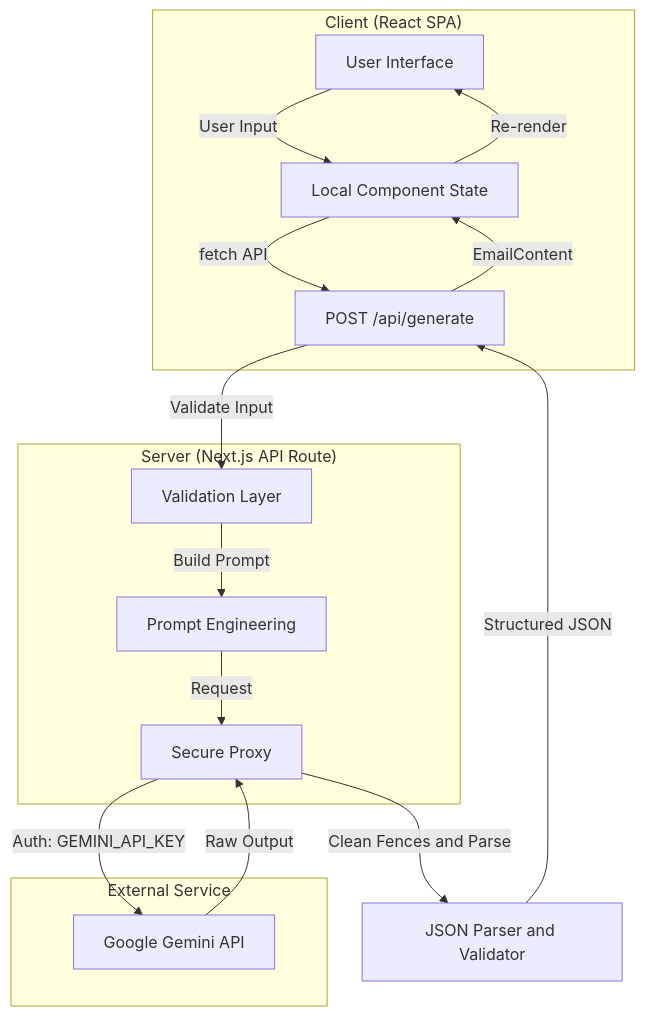
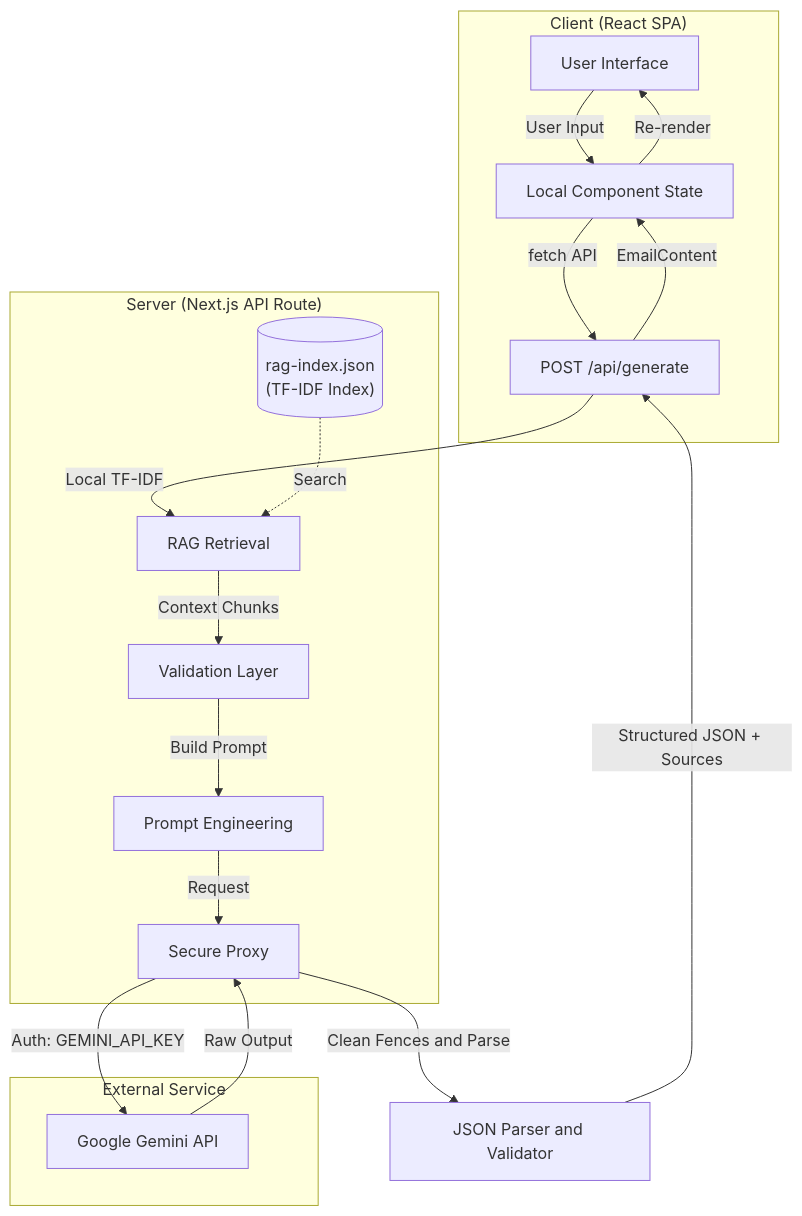
Before and after one commit to Abhinav2896/BreezeMail-Ai: the diagram in README.md, drawn with Mermaid. The commit also changed other lines of this file and 24 other files, not shown here.

````diff
--- a/README.md
+++ b/README.md
@@ -50,27 +51,31 @@
 ```mermaid
 graph TD
     subgraph Frontend ["Client (React SPA)"]
         UI["User Interface"]
         State["Local Component State"]
         UI -->|User Input| State
         State -->|fetch API| API_Call
     end
 
     subgraph Backend ["Server (Next.js API Route)"]
         API_Call["POST /api/generate"]
-        API_Call -->|Validate Input| Validation["Validation Layer"]
+        API_Call -->|Local TF-IDF| Retrieval["RAG Retrieval"]
+        Retrieval -->|Context Chunks| Validation["Validation Layer"]
         Validation -->|Build Prompt| Engine["Prompt Engineering"]
         Engine -->|Request| Proxy["Secure Proxy"]
+        
+        IndexDB[("rag-index.json\n(TF-IDF Index)")]
+        IndexDB -.->|Search| Retrieval
     end
 
     subgraph External ["External Service"]
         LLM["Google Gemini API"]
     end
 
     Proxy -- "Auth: GEMINI_API_KEY" --> LLM
     LLM -->|Raw Output| Proxy
     Proxy -->|Clean Fences and Parse| Parser["JSON Parser and Validator"]
-    Parser -->|Structured JSON| API_Call
+    Parser -->|Structured JSON + Sources| API_Call
     API_Call -->|EmailContent| State
     State -->|Re-render| UI
 ```
````
